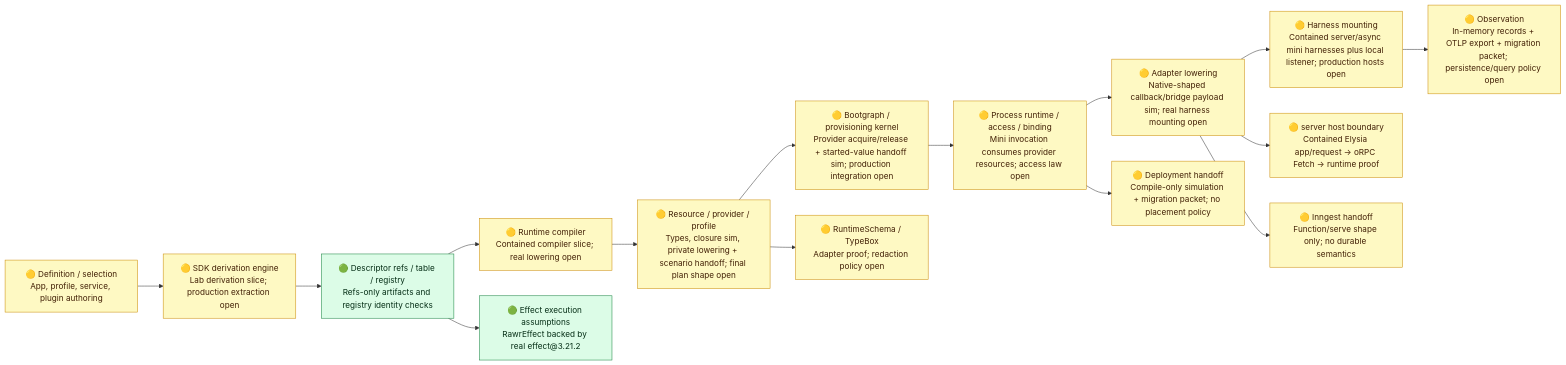
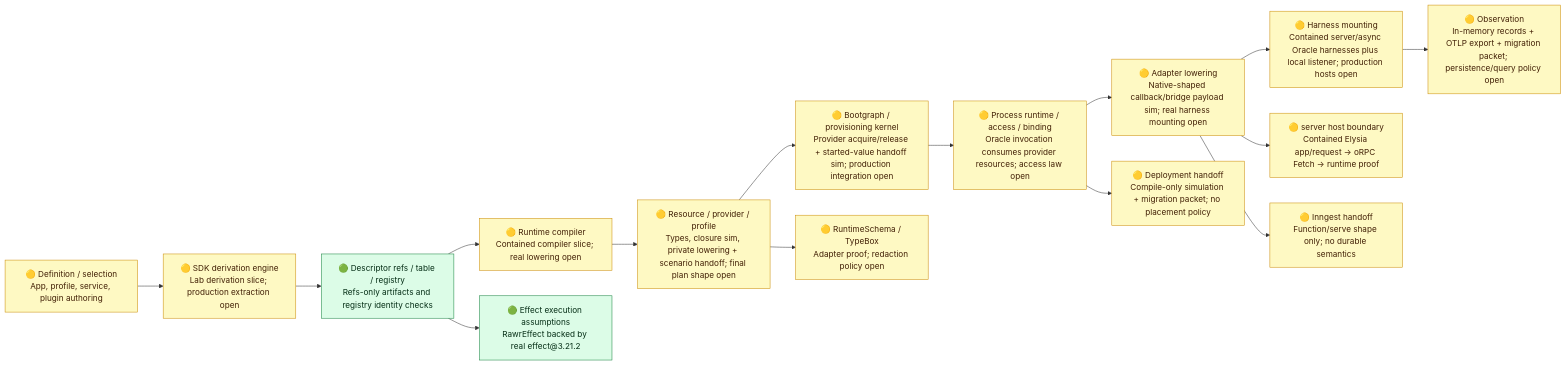
The diagram in tools/runtime-realization-type-env/evidence/runtime-spine-verification-diagnostic.md (rawr-ai/rawr-hq-template), drawn with Mermaid before and after one commit. The commit also changed other lines of this file and 210 other files, not shown here.

````diff
--- a/tools/runtime-realization-type-env/evidence/runtime-spine-verification-diagnostic.md
+++ b/tools/runtime-realization-type-env/evidence/runtime-spine-verification-diagnostic.md
@@ -19,25 +23,25 @@
 ```mermaid
 flowchart LR
   A["🟡 Definition / selection<br/>App, profile, service, plugin authoring"] --> B["🟡 SDK derivation engine<br/>Lab derivation slice; production extraction open"]
   B --> C["🟢 Descriptor refs / table / registry<br/>Refs-only artifacts and registry identity checks"]
   C --> D["🟡 Runtime compiler<br/>Contained compiler slice; real lowering open"]
   D --> E["🟡 Resource / provider / profile<br/>Types, closure sim, private lowering + scenario handoff; final plan shape open"]
   E --> F["🟡 Bootgraph / provisioning kernel<br/>Provider acquire/release + started-value handoff sim; production integration open"]
-  F --> G["🟡 Process runtime / access / binding<br/>Mini invocation consumes provider resources; access law open"]
+  F --> G["🟡 Process runtime / access / binding<br/>Oracle invocation consumes provider resources; access law open"]
   G --> H["🟡 Adapter lowering<br/>Native-shaped callback/bridge payload sim; real harness mounting open"]
-  H --> I["🟡 Harness mounting<br/>Contained server/async mini harnesses plus local listener; production hosts open"]
+  H --> I["🟡 Harness mounting<br/>Contained server/async Oracle harnesses plus local listener; production hosts open"]
   I --> J["🟡 Observation<br/>In-memory records + OTLP export + migration packet; persistence/query policy open"]
 
   C --> K["🟢 Effect execution assumptions<br/>RawrEffect backed by real effect@3.21.2"]
   E --> L["🟡 RuntimeSchema / TypeBox<br/>Adapter proof; redaction policy open"]
   H --> M["🟡 server host boundary<br/>Contained Elysia app/request -> oRPC Fetch -> runtime proof"]
   H --> N["🟡 Inngest handoff<br/>Function/serve shape only; no durable semantics"]
   G --> O["🟡 Deployment handoff<br/>Compile-only simulation + migration packet; no placement policy"]
 
   classDef green fill:#dcfce7,stroke:#15803d,color:#052e16;
   classDef yellow fill:#fef9c3,stroke:#ca8a04,color:#422006;
   classDef red fill:#fee2e2,stroke:#b91c1c,color:#450a0a;
   class C,K green;
   class A,B,D,E,F,G,H,J,L,M,N,O yellow;
   class I yellow;
 ```
````
